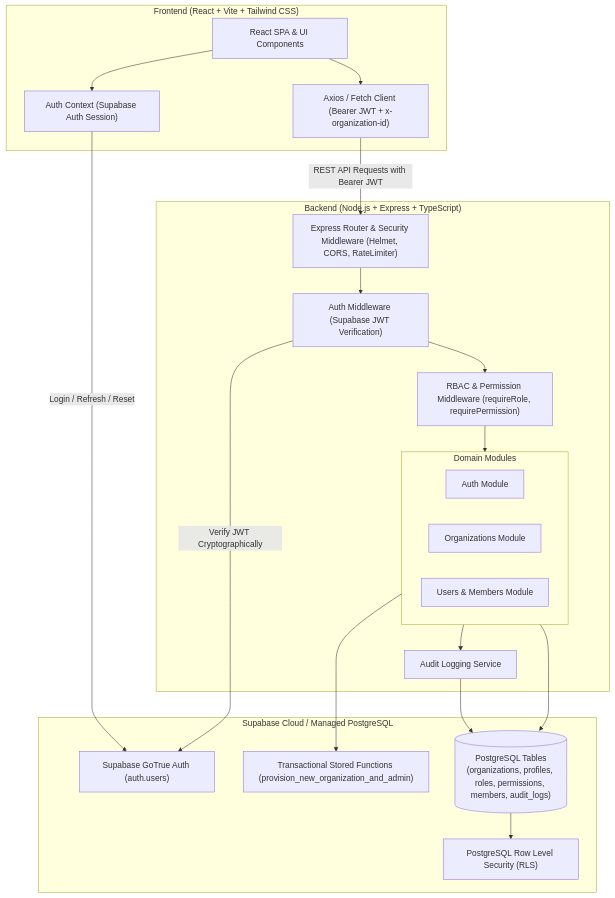
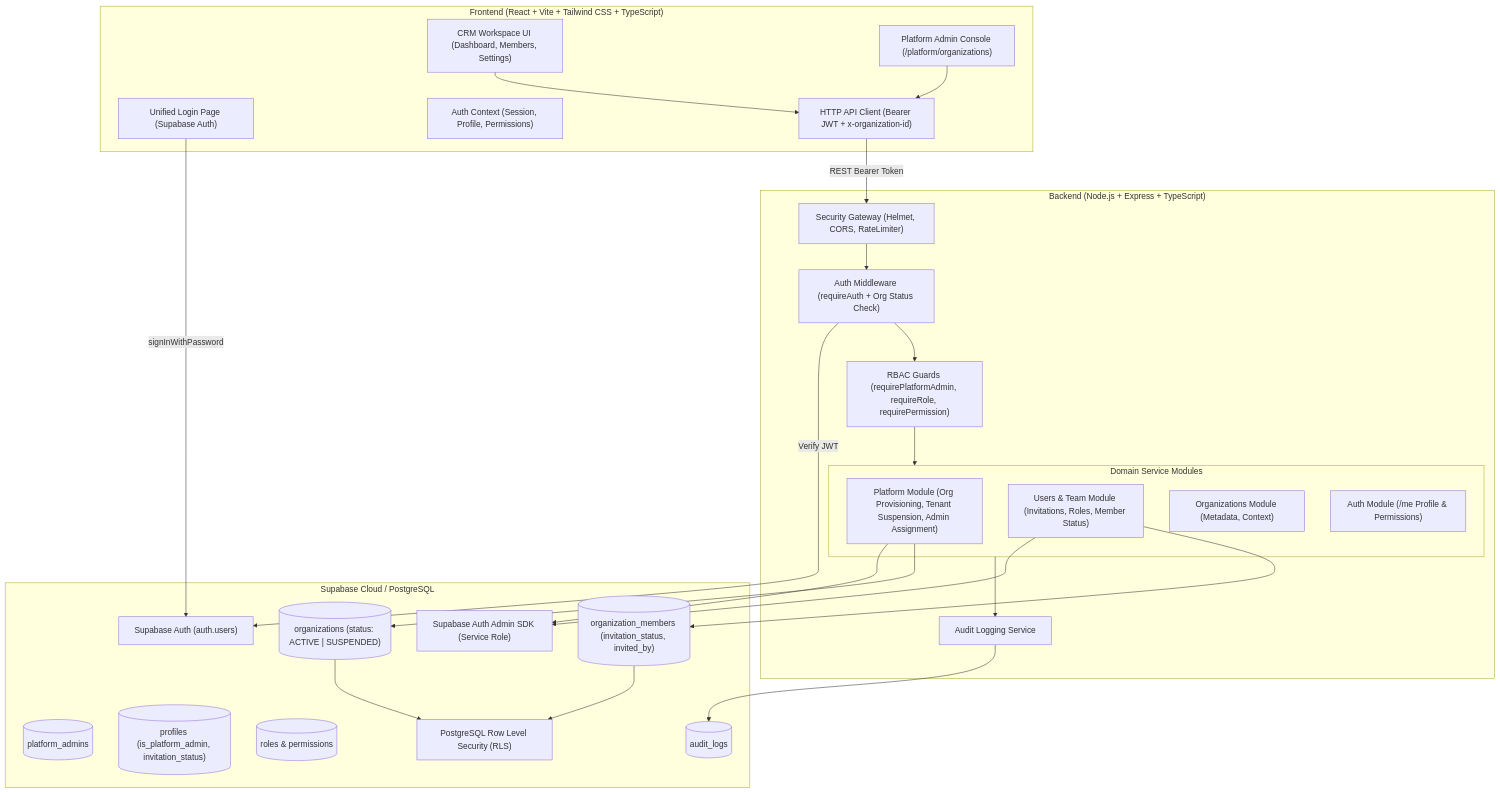
Before and after one commit to shruti-xd/Nexora: the first of 2 diagrams in docs/architecture.md, drawn with Mermaid. The commit also changed other lines of this file and 84 other files, not shown here.

Commit message:
feat(crm): implement Module 02 - Leads, Accounts and Contacts Management with atomic conversion

````diff
--- a/docs/architecture.md
+++ b/docs/architecture.md
@@ -18,43 +21,54 @@
 ```mermaid
 flowchart TD
-    subgraph Client["Frontend (React + Vite + Tailwind CSS)"]
-        UI["React SPA & UI Components"]
-        AuthCtx["Auth Context (Supabase Auth Session)"]
-        ApiClient["Axios / Fetch Client (Bearer JWT + x-organization-id)"]
+    subgraph Client["Frontend (React + Vite + Tailwind CSS + TypeScript)"]
+        LoginPage["Unified Login Page (Supabase Auth)"]
+        CRMWorkspace["CRM Workspace UI (Dashboard, Members, Settings)"]
+        PlatformConsole["Platform Admin Console (/platform/organizations)"]
+        AuthCtx["Auth Context (Session, Profile, Permissions)"]
+        ApiClient["HTTP API Client (Bearer JWT + x-organization-id)"]
     end
 
     subgraph Backend["Backend (Node.js + Express + TypeScript)"]
-        Gateway["Express Router & Security Middleware (Helmet, CORS, RateLimiter)"]
-        AuthMid["Auth Middleware (Supabase JWT Verification)"]
-        RBACMid["RBAC & Permission Middleware (requireRole, requirePermission)"]
+        SecurityGateway["Security Gateway (Helmet, CORS, RateLimiter)"]
+        AuthMid["Auth Middleware (requireAuth + Org Status Check)"]
+        RBACMid["RBAC Guards (requirePlatformAdmin, requireRole, requirePermission)"]
         
-        subgraph Modules["Domain Modules"]
-            AuthMod["Auth Module"]
-            OrgMod["Organizations Module"]
-            UserMod["Users & Members Module"]
+        subgraph Modules["Domain Service Modules"]
+            PlatformMod["Platform Module (Org Provisioning, Tenant Suspension, Admin Assignment)"]
+            UserMod["Users & Team Module (Invitations, Roles, Member Status)"]
+            OrgMod["Organizations Module (Metadata, Context)"]
+            AuthMeMod["Auth Module (/me Profile & Permissions)"]
         end
 
         AuditSvc["Audit Logging Service"]
     end
 
-    subgraph Supabase["Supabase Cloud / Managed PostgreSQL"]
-        SupaAuth["Supabase GoTrue Auth (auth.users)"]
+    subgraph Supabase["Supabase Cloud / PostgreSQL"]
+        SupaAuth["Supabase Auth (auth.users)"]
+        AdminAPI["Supabase Auth Admin SDK (Service Role)"]
+        PlatformAdminsTable[("platform_admins")]
+        OrgTable[("organizations (status: ACTIVE | SUSPENDED)")]
+        ProfilesTable[("profiles (is_platform_admin, invitation_status)")]
+        MembersTable[("organization_members (invitation_status, invited_by)")]
+        RolesPerms[("roles & permissions")]
+        AuditTable[("audit_logs")]
         RLS["PostgreSQL Row Level Security (RLS)"]
-        DBFunc["Transactional Stored Functions (provision_new_organization_and_admin)"]
-        Tables[("PostgreSQL Tables\n(organizations, profiles, roles, permissions, members, audit_logs)")]
     end
 
-    UI --> AuthCtx
-    AuthCtx -->|Login / Refresh / Reset| SupaAuth
-    UI --> ApiClient
-    ApiClient -->|REST API Requests with Bearer JWT| Gateway
-    Gateway --> AuthMid
-    AuthMid -->|Verify JWT Cryptographically| SupaAuth
+    LoginPage -->|signInWithPassword| SupaAuth
+    CRMWorkspace --> ApiClient
+    PlatformConsole --> ApiClient
+    ApiClient -->|REST Bearer Token| SecurityGateway
+    SecurityGateway --> AuthMid
+    AuthMid -->|Verify JWT| SupaAuth
     AuthMid --> RBACMid
     RBACMid --> Modules
-    Modules --> DBFunc
+    PlatformMod --> AdminAPI
+    PlatformMod --> OrgTable
+    UserMod --> AdminAPI
+    UserMod --> MembersTable
     Modules --> AuditSvc
-    Modules --> Tables
-    AuditSvc --> Tables
-    Tables --> RLS
+    AuditSvc --> AuditTable
+    OrgTable --> RLS
+    MembersTable --> RLS
 ```
````
